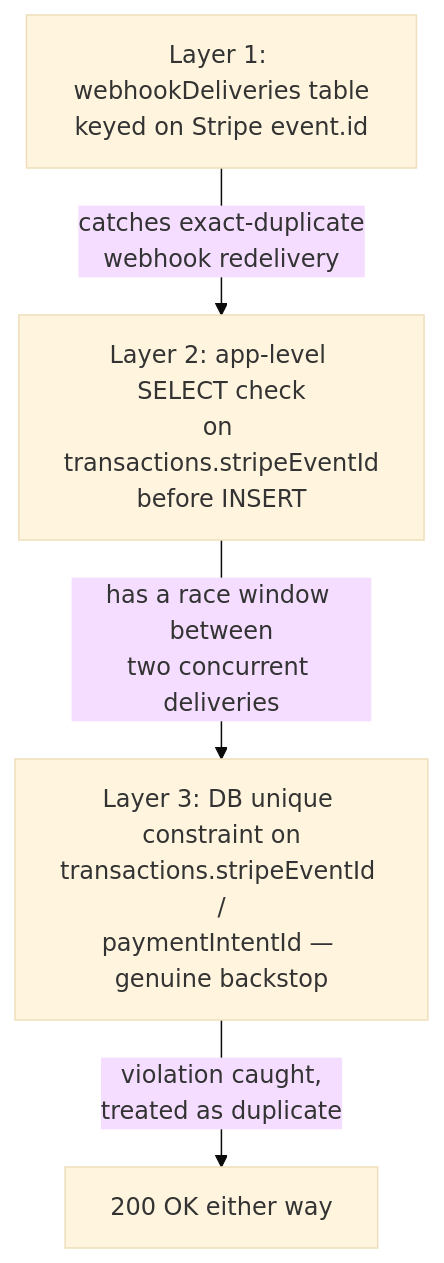
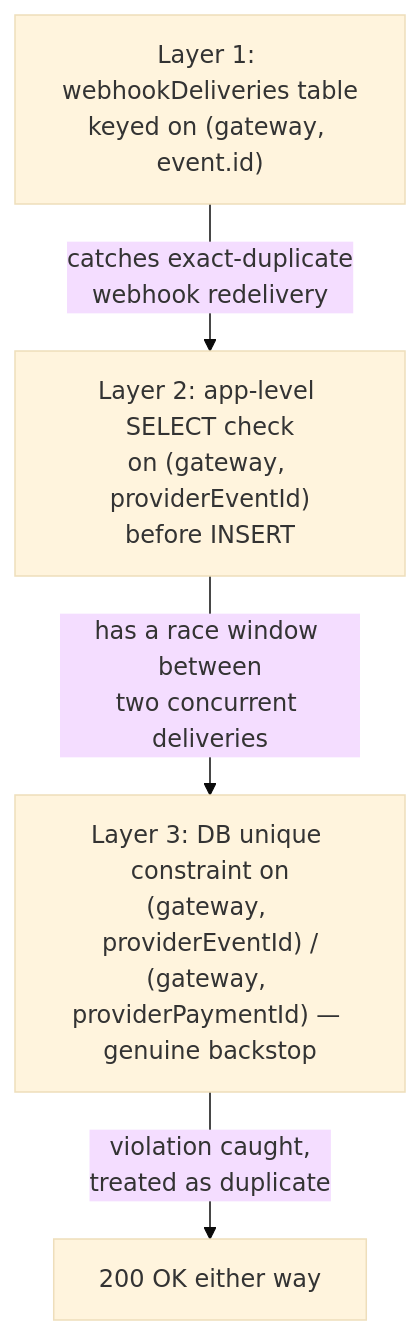
Before and after one commit to txufiknr/Twistloom-backend: the eighth of 8 diagrams in docs/architecture/PAYMENTS_ARCHITECTURE_BACKEND.md, drawn with Mermaid (base theme). The commit also changed other lines of this file and 34 other files, not shown here.

Commit message:
refactor(payment): provider-agnostic, creator wallet payout

````diff
--- a/docs/architecture/PAYMENTS_ARCHITECTURE_BACKEND.md
+++ b/docs/architecture/PAYMENTS_ARCHITECTURE_BACKEND.md
@@ -442,6 +695,6 @@
 ```mermaid
 flowchart TD
-    A["Layer 1: webhookDeliveries table<br/>keyed on Stripe event.id"] -->|"catches exact-duplicate<br/>webhook redelivery"| B
-    B["Layer 2: app-level SELECT check<br/>on transactions.stripeEventId<br/>before INSERT"] -->|"has a race window between<br/>two concurrent deliveries"| C
-    C["Layer 3: DB unique constraint on<br/>transactions.stripeEventId /<br/>paymentIntentId — genuine backstop"] -->|"violation caught,<br/>treated as duplicate"| D["200 OK either way"]
+    A["Layer 1: webhookDeliveries table<br/>keyed on (gateway, event.id)"] -->|"catches exact-duplicate<br/>webhook redelivery"| B
+    B["Layer 2: app-level SELECT check<br/>on (gateway, providerEventId)<br/>before INSERT"] -->|"has a race window between<br/>two concurrent deliveries"| C
+    C["Layer 3: DB unique constraint on<br/>(gateway, providerEventId) /<br/>(gateway, providerPaymentId) — genuine backstop"] -->|"violation caught,<br/>treated as duplicate"| D["200 OK either way"]
 ```
````
